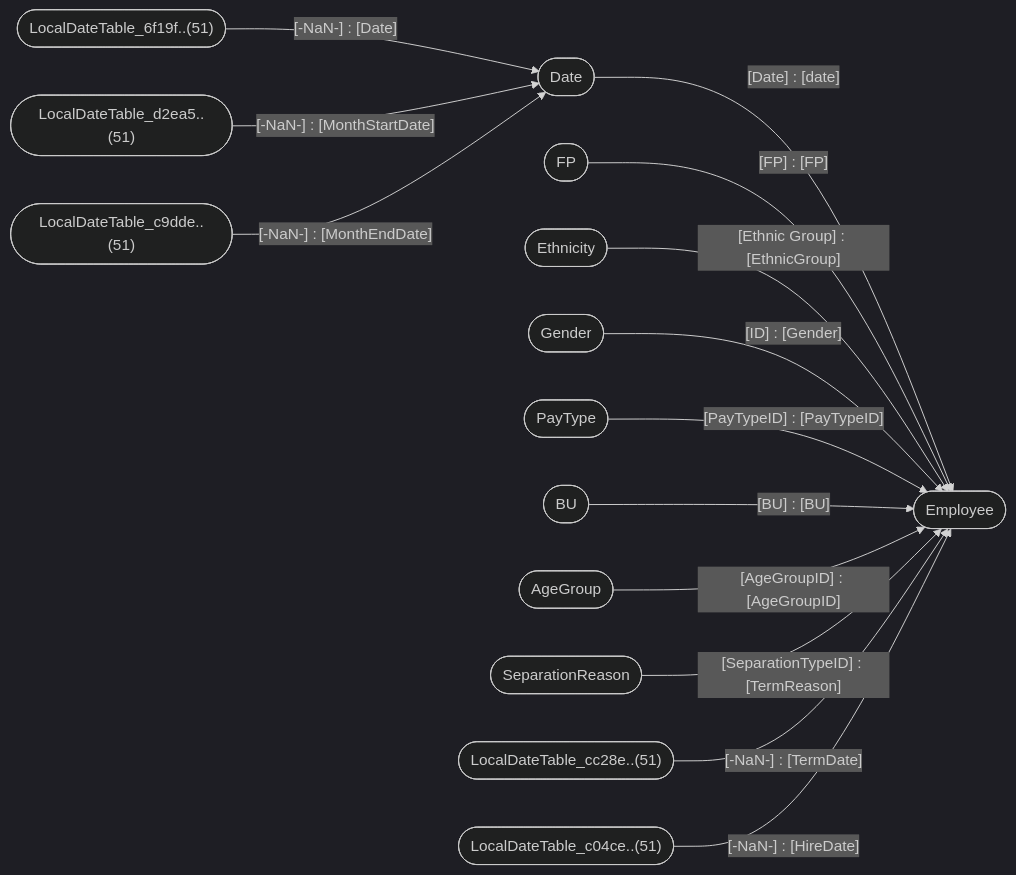
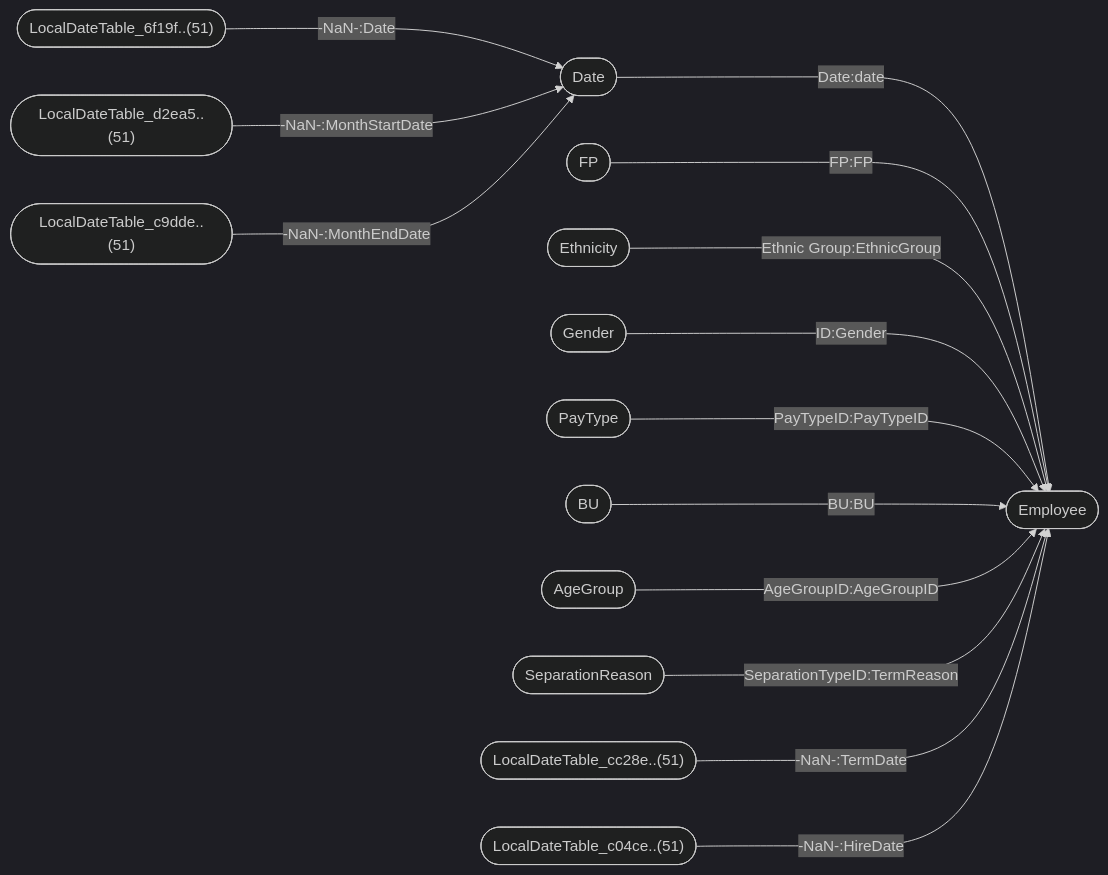
Before and after one commit to ZdenekMerka/pbix_doc: the diagram in tests/output/Human Resources Sample PBIX.pbix.md, drawn with Mermaid (dark theme). The commit also changed other lines of this file and 8 other files, not shown here.

Commit message:
resolve Unable to render rich display Diagram error not found. #14

````diff
--- a/tests/output/Human Resources Sample PBIX.pbix.md
+++ b/tests/output/Human Resources Sample PBIX.pbix.md
@@ -29,17 +29,17 @@
 ```mermaid
 graph LR;
 
-id22(["Date"]) --[Date] : [date]--> id25(["Employee"])
-id13(["FP"]) --[FP] : [FP]--> id25(["Employee"])
-id28(["Ethnicity"]) --[Ethnic Group] : [EthnicGroup]--> id25(["Employee"])
-id31(["Gender"]) --[ID] : [Gender]--> id25(["Employee"])
-id16(["PayType"]) --[PayTypeID] : [PayTypeID]--> id25(["Employee"])
-id10(["BU"]) --[BU] : [BU]--> id25(["Employee"])
-id34(["AgeGroup"]) --[AgeGroupID] : [AgeGroupID]--> id25(["Employee"])
-id19(["SeparationReason"]) --[SeparationTypeID] : [TermReason]--> id25(["Employee"])
-id2041(["LocalDateTable_6f19f..(51)"]) --[-NaN-] : [Date]--> id22(["Date"])
-id2044(["LocalDateTable_d2ea5..(51)"]) --[-NaN-] : [MonthStartDate]--> id22(["Date"])
-id2047(["LocalDateTable_c9dde..(51)"]) --[-NaN-] : [MonthEndDate]--> id22(["Date"])
-id2050(["LocalDateTable_cc28e..(51)"]) --[-NaN-] : [TermDate]--> id25(["Employee"])
-id2053(["LocalDateTable_c04ce..(51)"]) --[-NaN-] : [HireDate]--> id25(["Employee"])
+id22(["Date"]) --->|Date:date| id25(["Employee"])
+id13(["FP"]) --->|FP:FP| id25(["Employee"])
+id28(["Ethnicity"]) --->|Ethnic Group:EthnicGroup| id25(["Employee"])
+id31(["Gender"]) --->|ID:Gender| id25(["Employee"])
+id16(["PayType"]) --->|PayTypeID:PayTypeID| id25(["Employee"])
+id10(["BU"]) --->|BU:BU| id25(["Employee"])
+id34(["AgeGroup"]) --->|AgeGroupID:AgeGroupID| id25(["Employee"])
+id19(["SeparationReason"]) --->|SeparationTypeID:TermReason| id25(["Employee"])
+id2041(["LocalDateTable_6f19f..(51)"]) --->|-NaN-:Date| id22(["Date"])
+id2044(["LocalDateTable_d2ea5..(51)"]) --->|-NaN-:MonthStartDate| id22(["Date"])
+id2047(["LocalDateTable_c9dde..(51)"]) --->|-NaN-:MonthEndDate| id22(["Date"])
+id2050(["LocalDateTable_cc28e..(51)"]) --->|-NaN-:TermDate| id25(["Employee"])
+id2053(["LocalDateTable_c04ce..(51)"]) --->|-NaN-:HireDate| id25(["Employee"])
 ```
````
